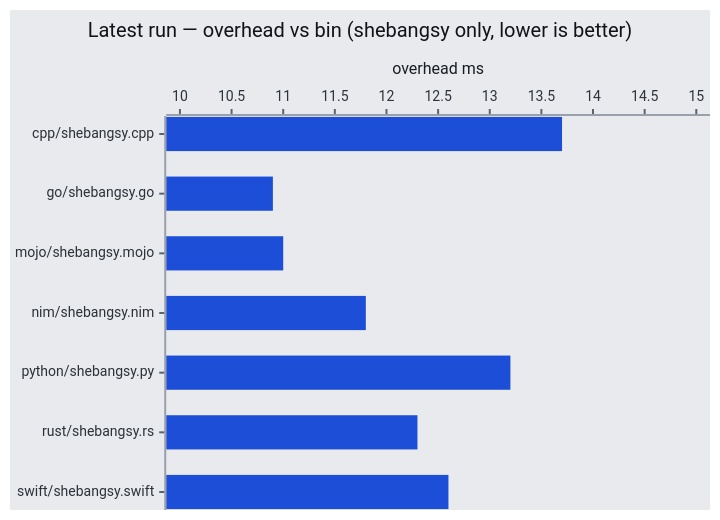
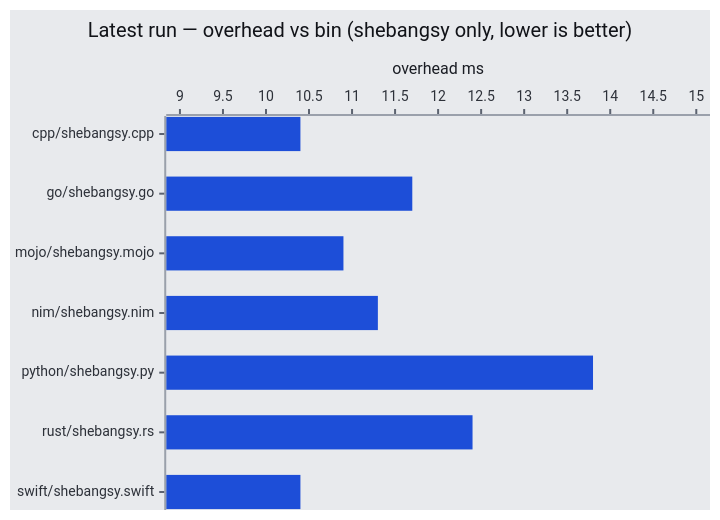
Before and after one commit to bdombro/shebangsy: the fourth of 5 diagrams in benches-report.md, drawn with Mermaid. The commit also changed other lines of this file and 15 other files, not shown here.

````diff
--- a/benches-report.md
+++ b/benches-report.md
@@ -103,23 +103,23 @@
 ```mermaid
 ---
 config:
   themeVariables:
     xyChart:
       backgroundColor: "#e8eaed"
       plotColorPalette: "#1d4ed8, #15803d, #a16207, #7c3aed, #b91c1c, #0e7490, #4338ca"
       titleColor: "#111318"
       xAxisLabelColor: "#2d3139"
       yAxisLabelColor: "#2d3139"
       xAxisTitleColor: "#1a1d24"
       yAxisTitleColor: "#1a1d24"
       xAxisLineColor: "#9aa0ab"
       yAxisLineColor: "#9aa0ab"
       xAxisTickColor: "#5c6370"
       yAxisTickColor: "#5c6370"
 ---
 xychart-beta horizontal
     title "Latest run — overhead vs bin (shebangsy only, lower is better)"
     x-axis ["cpp/shebangsy.cpp", "go/shebangsy.go", "mojo/shebangsy.mojo", "nim/shebangsy.nim", "python/shebangsy.py", "rust/shebangsy.rs", "swift/shebangsy.swift"]
-    y-axis "overhead ms" 10 --> 15
-    bar [13.7, 10.9, 11.0, 11.8, 13.2, 12.3, 12.6]
+    y-axis "overhead ms" 9 --> 15
+    bar [10.4, 11.7, 10.9, 11.3, 13.8, 12.4, 10.4]
 ```
````
